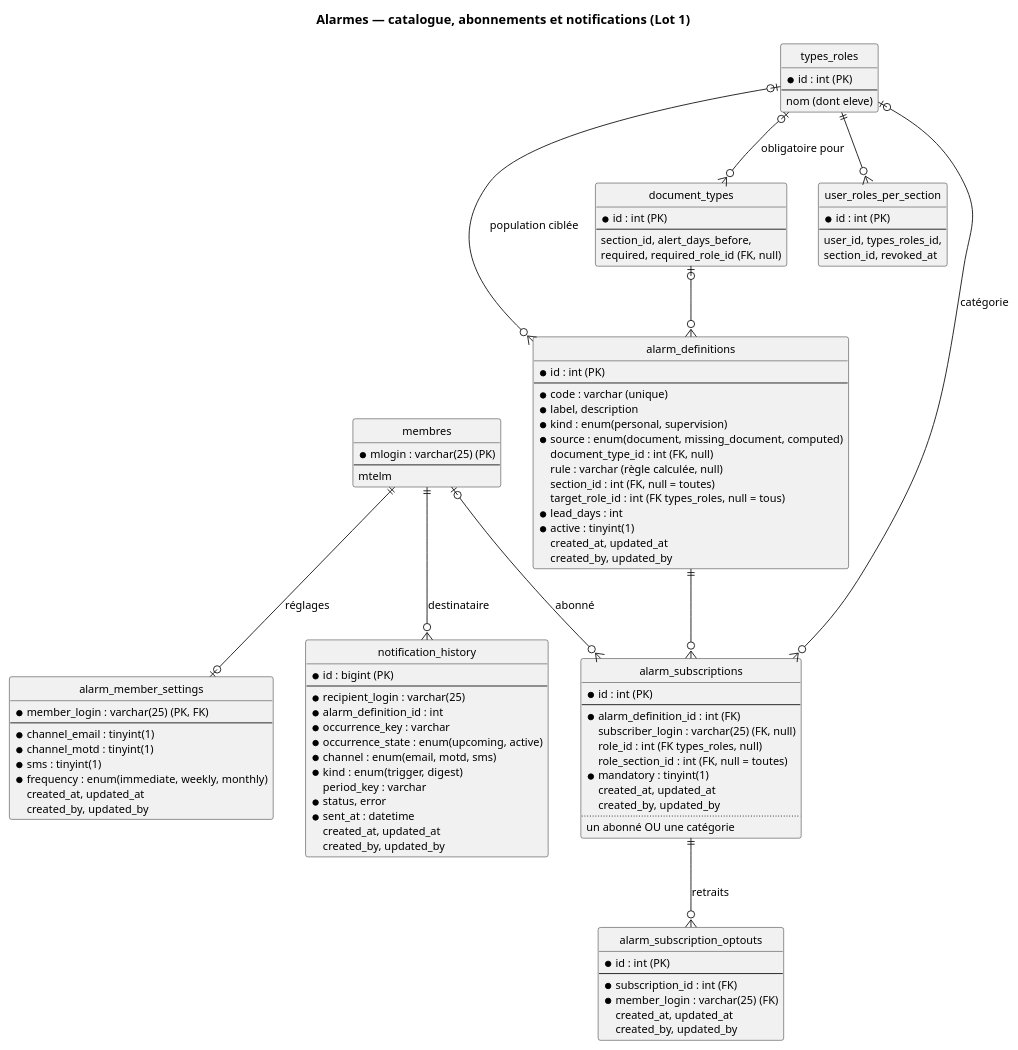
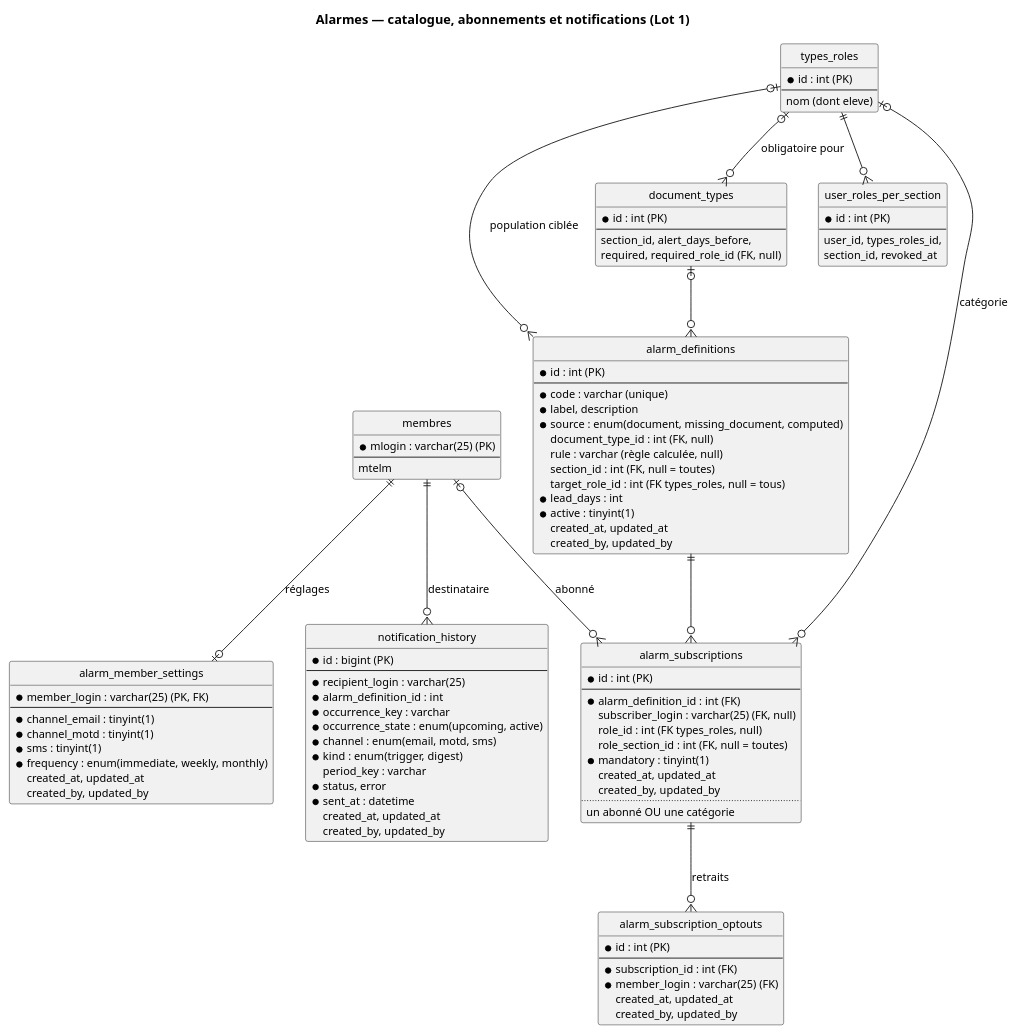
The diagram in doc/design_notes/diagrams/abonnements_alarmes.puml (flub78/gvv), drawn with PlantUML before and after one commit. The commit also changed 21 other files, not shown here.

```diff
--- a/doc/design_notes/diagrams/abonnements_alarmes.puml
+++ b/doc/design_notes/diagrams/abonnements_alarmes.puml
@@ -1,112 +1,111 @@
 @startuml abonnements_alarmes
 skinparam backgroundColor white
 skinparam defaultFontSize 12
 hide circle
 hide methods
 
 title Alarmes — catalogue, abonnements et notifications (Lot 1)
 
 entity alarm_definitions {
   * id : int (PK)
   --
   * code : varchar (unique)
   * label, description
-  * kind : enum(personal, supervision)
   * source : enum(document, missing_document, computed)
   document_type_id : int (FK, null)
   rule : varchar (règle calculée, null)
   section_id : int (FK, null = toutes)
   target_role_id : int (FK types_roles, null = tous)
   * lead_days : int
   * active : tinyint(1)
   created_at, updated_at
   created_by, updated_by
 }
 
 entity alarm_subscriptions {
   * id : int (PK)
   --
   * alarm_definition_id : int (FK)
   subscriber_login : varchar(25) (FK, null)
   role_id : int (FK types_roles, null)
   role_section_id : int (FK, null = toutes)
   * mandatory : tinyint(1)
   created_at, updated_at
   created_by, updated_by
   ..
   un abonné OU une catégorie
 }
 
 entity alarm_subscription_optouts {
   * id : int (PK)
   --
   * subscription_id : int (FK)
   * member_login : varchar(25) (FK)
   created_at, updated_at
   created_by, updated_by
 }
 
 entity alarm_member_settings {
   * member_login : varchar(25) (PK, FK)
   --
   * channel_email : tinyint(1)
   * channel_motd : tinyint(1)
   * sms : tinyint(1)
   * frequency : enum(immediate, weekly, monthly)
   created_at, updated_at
   created_by, updated_by
 }
 
 entity notification_history {
   * id : bigint (PK)
   --
   * recipient_login : varchar(25)
   * alarm_definition_id : int
   * occurrence_key : varchar
   * occurrence_state : enum(upcoming, active)
   * channel : enum(email, motd, sms)
   * kind : enum(trigger, digest)
   period_key : varchar
   * status, error
   * sent_at : datetime
   created_at, updated_at
   created_by, updated_by
 }
 
 entity membres {
   * mlogin : varchar(25) (PK)
   --
   mtelm
 }
 
 entity types_roles {
   * id : int (PK)
   --
   nom (dont eleve)
 }
 
 entity user_roles_per_section {
   * id : int (PK)
   --
   user_id, types_roles_id,
   section_id, revoked_at
 }
 
 entity document_types {
   * id : int (PK)
   --
   section_id, alert_days_before,
   required, required_role_id (FK, null)
 }
 
 alarm_definitions ||--o{ alarm_subscriptions
 document_types |o--o{ alarm_definitions
 alarm_subscriptions ||--o{ alarm_subscription_optouts : retraits
 membres |o--o{ alarm_subscriptions : abonné
 types_roles |o--o{ alarm_subscriptions : catégorie
 membres ||--o| alarm_member_settings : réglages
 membres ||--o{ notification_history : destinataire
 types_roles ||--o{ user_roles_per_section
 types_roles |o--o{ document_types : obligatoire pour
 types_roles |o--o{ alarm_definitions : population ciblée
 @enduml
```
